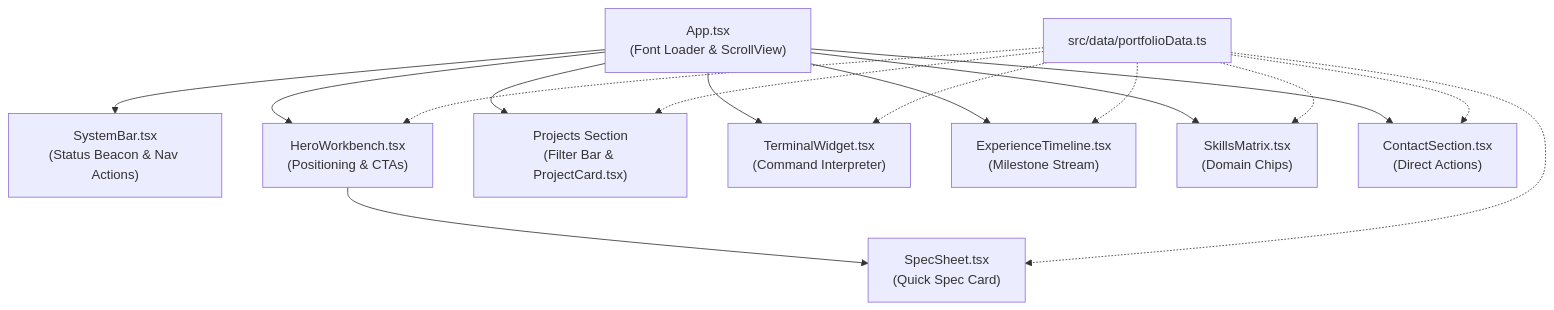
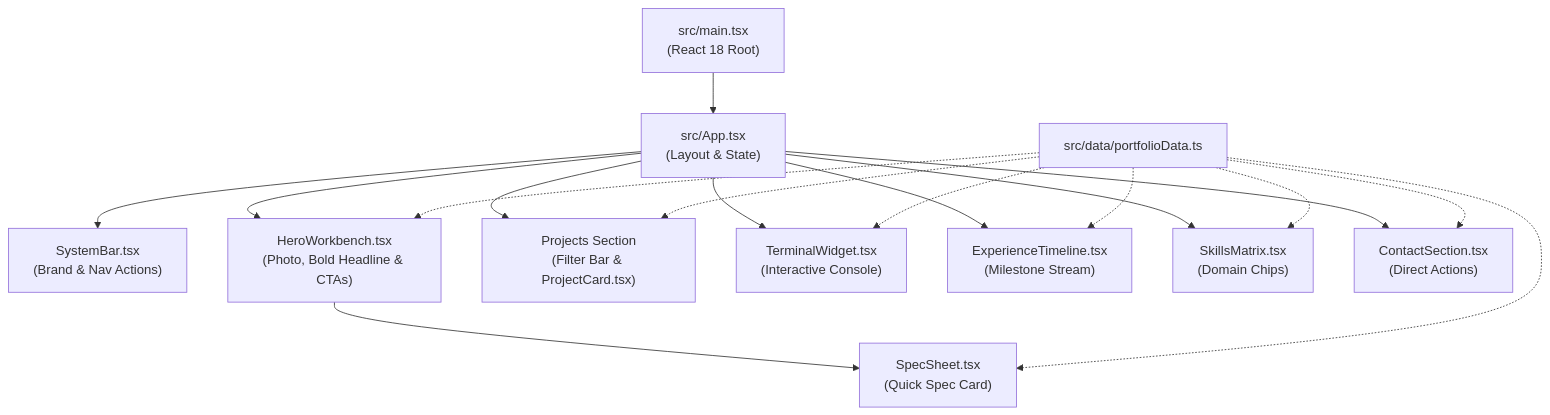
The diagram in Architecture.md (biswaprakashmohanty324-blip/portfolio-), drawn with Mermaid before and after one commit. The commit also changed other lines of this file and 25 other files, not shown here.

Commit message:
Migrate portfolio to standard React 18 + Vite with profile photo and bold branding

````diff
--- a/Architecture.md
+++ b/Architecture.md
@@ -53,20 +55,20 @@
 ```mermaid
 graph TD
-    App["App.tsx<br/>(Font Loader & ScrollView)"]
-    App --> SystemBar["SystemBar.tsx<br/>(Status Beacon & Nav Actions)"]
-    App --> Hero["HeroWorkbench.tsx<br/>(Positioning & CTAs)"]
+    Main["src/main.tsx<br/>(React 18 Root)"] --> App["src/App.tsx<br/>(Layout & State)"]
+    App --> SystemBar["SystemBar.tsx<br/>(Brand & Nav Actions)"]
+    App --> Hero["HeroWorkbench.tsx<br/>(Photo, Bold Headline & CTAs)"]
     Hero --> SpecSheet["SpecSheet.tsx<br/>(Quick Spec Card)"]
     App --> Projects["Projects Section<br/>(Filter Bar & ProjectCard.tsx)"]
-    App --> Terminal["TerminalWidget.tsx<br/>(Command Interpreter)"]
+    App --> Terminal["TerminalWidget.tsx<br/>(Interactive Console)"]
     App --> Timeline["ExperienceTimeline.tsx<br/>(Milestone Stream)"]
     App --> Skills["SkillsMatrix.tsx<br/>(Domain Chips)"]
     App --> Contact["ContactSection.tsx<br/>(Direct Actions)"]
 
     Data["src/data/portfolioData.ts"] -.-> Hero
     Data -.-> SpecSheet
     Data -.-> Projects
     Data -.-> Terminal
     Data -.-> Timeline
     Data -.-> Skills
     Data -.-> Contact
 ```
````
